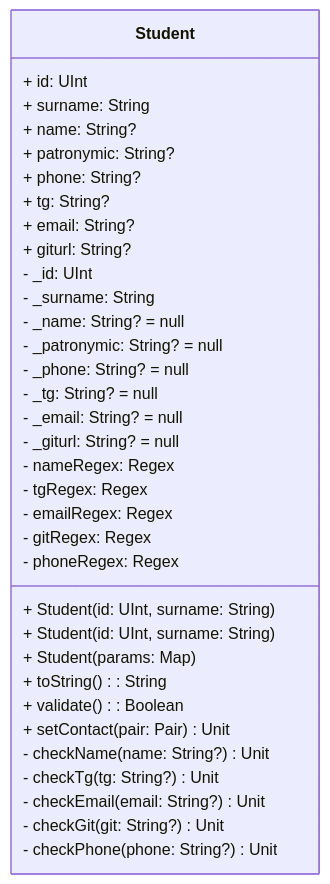
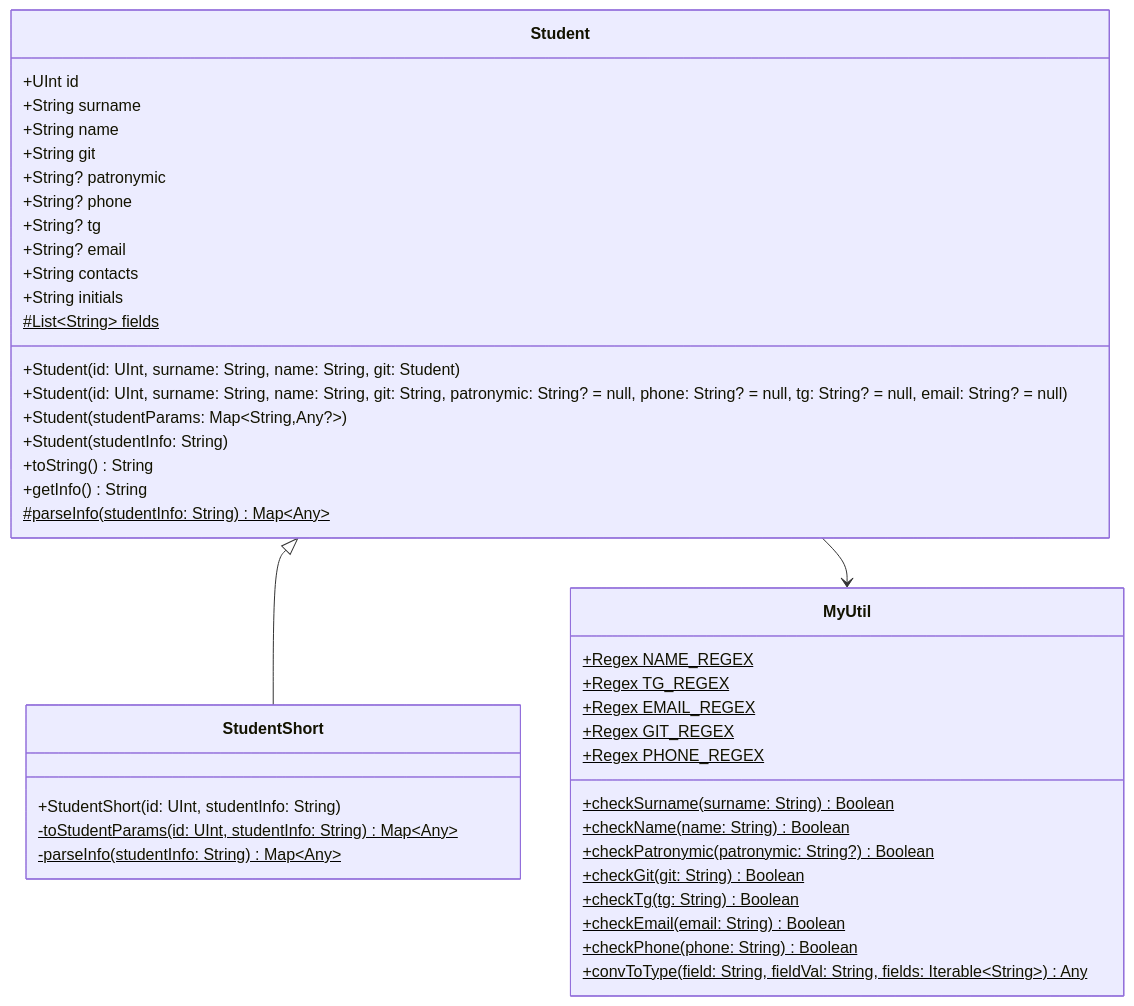
Before and after one commit to black-lemonov/KotlinPatterns: the diagram in src/uml.md, drawn with Mermaid. The commit also changed 1 other file, not shown here.

Commit message:
[лаб 2] #6 обновил диаграмму

````diff
--- a/src/uml.md
+++ b/src/uml.md
@@ -2,40 +2,48 @@
 ```mermaid
 ---
-Class Student
+Лаб. 2
 ---
 classDiagram
+Student <|-- StudentShort
+Student --> MyUtil
 class Student {
-    + id: UInt
-    + surname: String
-    + name: String?
-    + patronymic: String?
-    + phone: String?
-    + tg: String?
-    + email: String?
-    + giturl: String?
-    - _id: UInt
-    - _surname: String
-    - _name: String? = null
-    - _patronymic: String? = null
-    - _phone: String? = null
-    - _tg: String? = null
-    - _email: String? = null
-    - _giturl: String? = null
-    - nameRegex: Regex
-    - tgRegex: Regex
-    - emailRegex: Regex
-    - gitRegex: Regex
-    - phoneRegex: Regex
-    + Student(id: UInt, surname: String)
-    + Student(id: UInt, surname: String)
-    + Student(params: Map<String, Any?>)
-    + toString(): String
-    + validate(): Boolean
-    + setContact(pair: Pair<String, String?>) Unit
-    - checkName(name: String?) Unit
-    - checkTg(tg: String?) Unit
-    - checkEmail(email: String?) Unit
-    - checkGit(git: String?) Unit
-    - checkPhone(phone: String?) Unit
+    +UInt id
+    +String surname
+    +String name
+    +String git
+    +String? patronymic
+    +String? phone
+    +String? tg
+    +String? email
+    +String contacts
+    +String initials
+    +Student(id: UInt, surname: String, name: String, git: Student)
+    +Student(id: UInt, surname: String, name: String, git: String, patronymic: String? = null, phone: String? = null, tg: String? = null, email: String? = null)
+    +Student(studentParams: Map~String,Any?~)
+    +Student(studentInfo: String)
+    +toString() String
+    +getInfo() String
+    #List~String~ fields$
+    #parseInfo(studentInfo: String)$ Map~Any~
+}
+class StudentShort {
+    +StudentShort(id: UInt, studentInfo: String)
+    -toStudentParams(id: UInt, studentInfo: String)$ Map~Any~
+    -parseInfo(studentInfo: String)$ Map~Any~
+}
+class MyUtil {
+    +Regex NAME_REGEX$
+    +Regex TG_REGEX$
+    +Regex EMAIL_REGEX$
+    +Regex GIT_REGEX$
+    +Regex PHONE_REGEX$
+    +checkSurname(surname: String)$ Boolean
+    +checkName(name: String)$ Boolean
+    +checkPatronymic(patronymic: String?)$ Boolean
+    +checkGit(git: String)$ Boolean
+    +checkTg(tg: String)$ Boolean
+    +checkEmail(email: String)$ Boolean
+    +checkPhone(phone: String)$ Boolean
+    +convToType(field: String, fieldVal: String, fields: Iterable~String~)$ Any
 }
 ```
````
